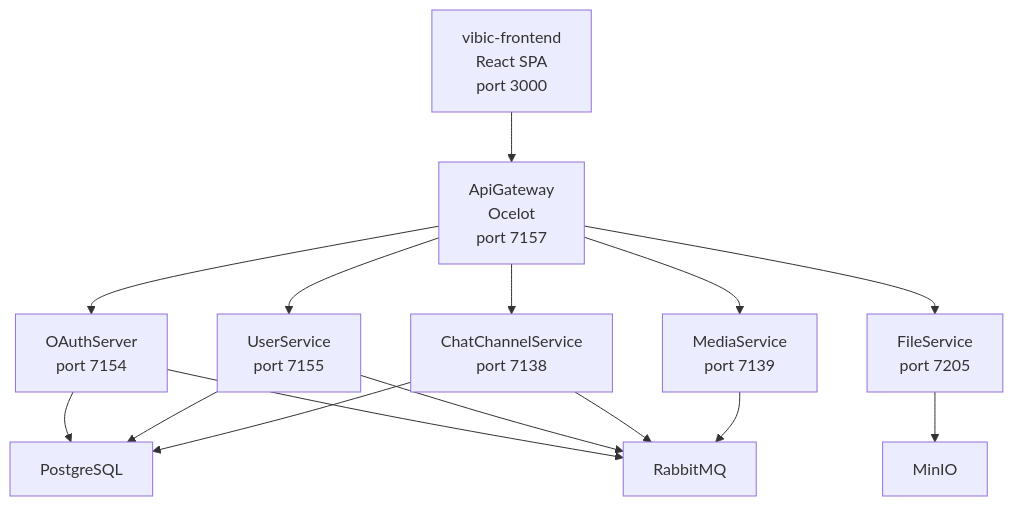
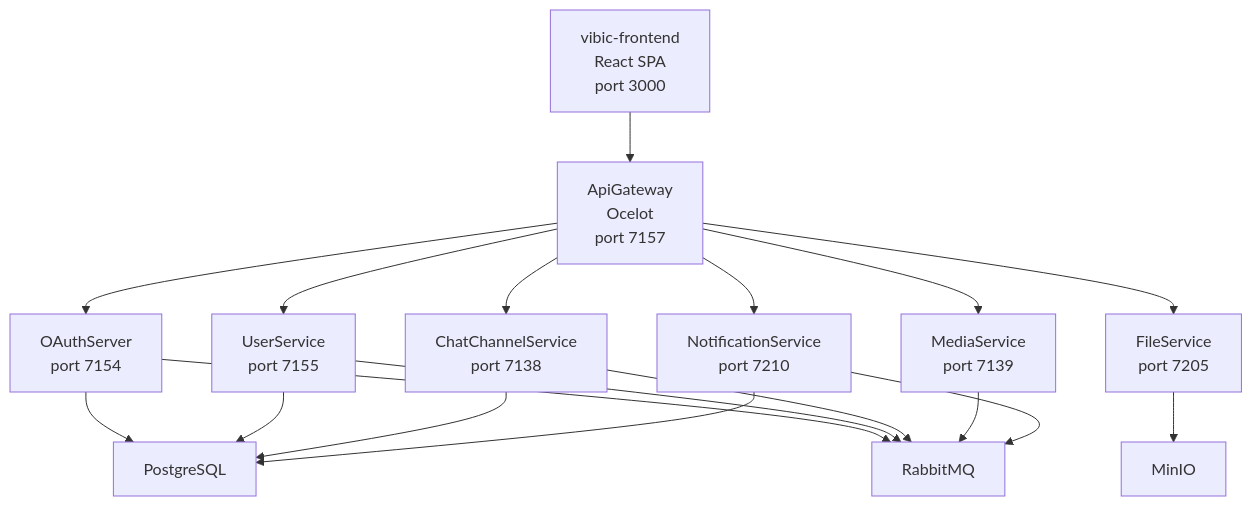
One commit to VorobevEmil/Vibic-Platform changed the diagram in README.md. Above: the diagram before and after it, drawn with Mermaid. The commit also changed other lines of this file and 150 other files, not shown here.

````diff
--- a/README.md
+++ b/README.md
@@ -29,21 +30,24 @@
 ```mermaid
 flowchart TD
     Frontend["vibic-frontend<br/>React SPA<br/>port 3000"] --> Gateway["ApiGateway<br/>Ocelot<br/>port 7157"]
 
     Gateway --> OAuth["OAuthServer<br/>port 7154"]
     Gateway --> Users["UserService<br/>port 7155"]
     Gateway --> Chat["ChatChannelService<br/>port 7138"]
     Gateway --> Media["MediaService<br/>port 7139"]
     Gateway --> Files["FileService<br/>port 7205"]
+    Gateway --> Notif["NotificationService<br/>port 7210"]
 
     OAuth --> Postgres["PostgreSQL"]
     Users --> Postgres
     Chat --> Postgres
+    Notif --> Postgres
 
     OAuth --> Rabbit["RabbitMQ"]
     Users --> Rabbit
     Chat --> Rabbit
     Media --> Rabbit
+    Notif --> Rabbit
 
     Files --> Minio["MinIO"]
 ```
````
